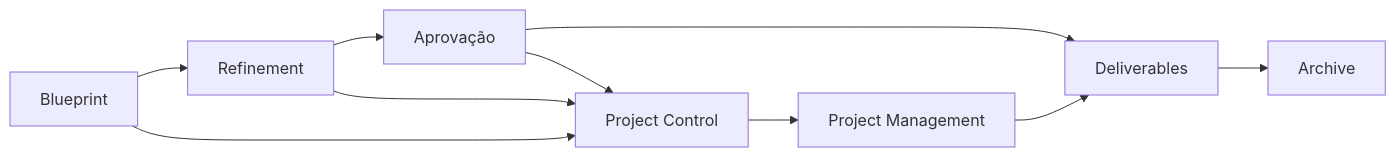
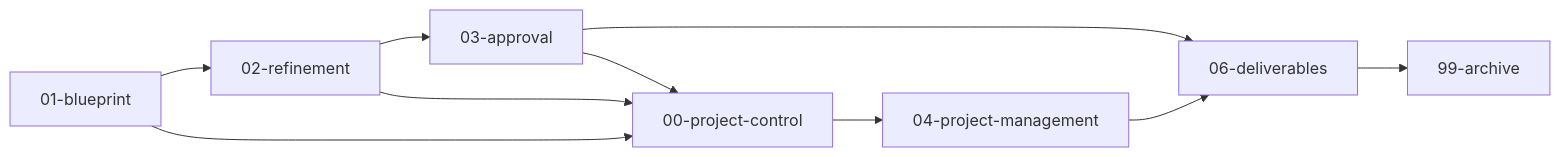
The diagram in README.md (pratofeitoo/the-new-hub-proj-dev-2), drawn with Mermaid before and after one commit. The commit also changed other lines of this file and 4 other files, not shown here.

````diff
--- a/README.md
+++ b/README.md
@@ -35,12 +32,12 @@
 ```mermaid
 flowchart LR
-    A[Blueprint] --> B[Refinement]
-    B --> C[Aprovação]
-    C --> D[Deliverables]
-    A --> E[Project Control]
+    A[01-blueprint] --> B[02-refinement]
+    B --> C[03-approval]
+    C --> D[06-deliverables]
+    A --> E[00-project-control]
     B --> E
     C --> E
-    D --> F[Archive]
-    E --> G[Project Management]
-    G --> D
+    E --> F[04-project-management]
+    F --> D
+    D --> G[99-archive]
 ```
````
